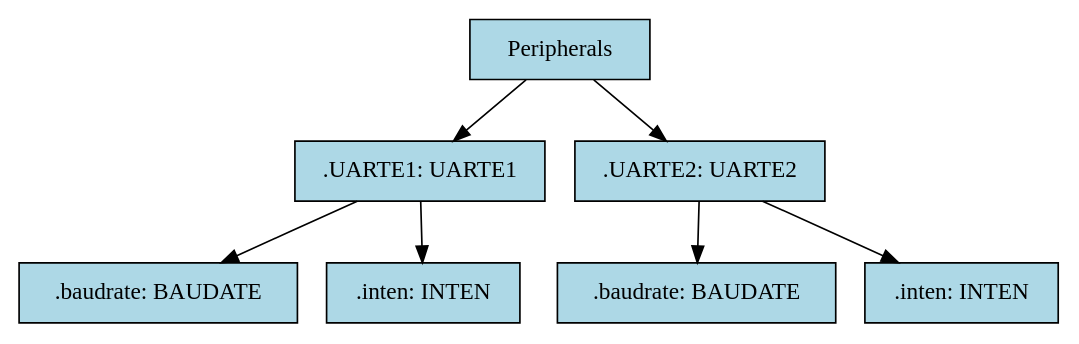
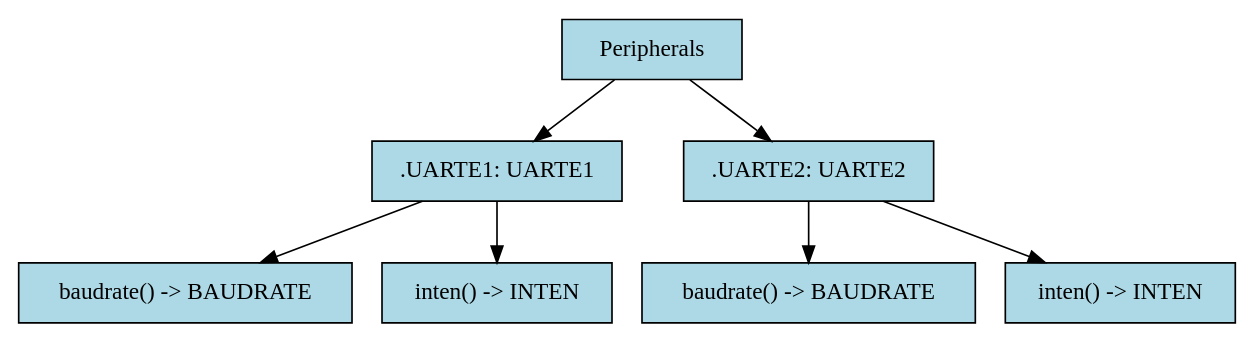
The second of 2 diagrams in training-slides/src/pac-svd2rust.md (ferrous-systems/rust-training), drawn with Graphviz before and after one commit. The commit also changed other lines of this file, not shown here.

````diff
--- a/training-slides/src/pac-svd2rust.md
+++ b/training-slides/src/pac-svd2rust.md
@@ -204,21 +206,21 @@
 ```dot process
 
 digraph {
     node [shape=record, width=1.5, fillcolor=lightblue, style=filled];
     Peripherals;
     uarte1 [label=".UARTE1: UARTE1"];
-    uarte1_baudrate [label=".baudrate: BAUDATE"];
-    uarte1_inten [label=".inten: INTEN"];
+    uarte1_baudrate [label="baudrate() -&gt; BAUDRATE"];
+    uarte1_inten [label="inten\(\) -&gt; INTEN"];
     uarte2 [label=".UARTE2: UARTE2"];
-    uarte2_baudrate [label=".baudrate: BAUDATE"];
-    uarte2_inten [label=".inten: INTEN"];
+    uarte2_baudrate [label="baudrate() -&gt; BAUDRATE"];
+    uarte2_inten [label="inten() -&gt; INTEN"];
 
     Peripherals -> uarte1;
     uarte1 -> uarte1_baudrate;
     uarte1 -> uarte1_inten;
 
     Peripherals -> uarte2;
     uarte2 -> uarte2_baudrate;
     uarte2 -> uarte2_inten;
 }
 ```
````
